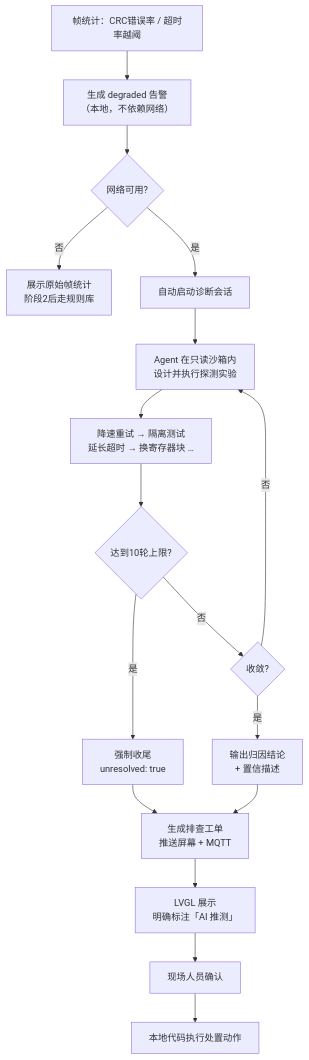
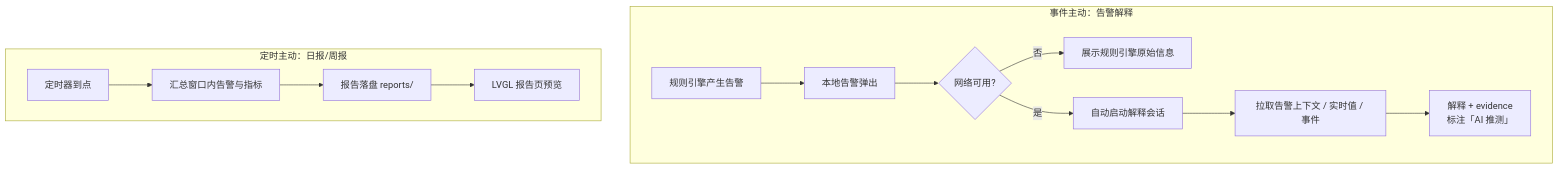
One commit to FoLeaf/contest2026_004_TeamFalcons changed the sixth of 11 diagrams in README.md. Above: the diagram before and after it, drawn with Mermaid. The commit also changed other lines of this file and 337 other files, not shown here.

````diff
--- a/README.md
+++ b/README.md
@@ -186,19 +186,17 @@
 ```mermaid
 flowchart TD
-    A["帧统计：CRC错误率 / 超时率越阈"] --> B["生成 degraded 告警\n（本地，不依赖网络）"]
-    B --> C{网络可用?}
-    C -->|"否"| Z["展示原始帧统计\n阶段2后走规则库"]
-    C -->|"是"| D["自动启动诊断会话"]
-    D --> E["Agent 在只读沙箱内\n设计并执行探测实验"]
-    E --> F["降速重试 → 隔离测试\n延长超时 → 换寄存器块 …"]
-    F --> G{达到10轮上限?}
-    G -->|"是"| H["强制收尾\nunresolved: true"]
-    G -->|"否"| I{收敛?}
-    I -->|"否"| E
-    I -->|"是"| J["输出归因结论\n+ 置信描述"]
-    J --> K["生成排查工单\n推送屏幕 + MQTT"]
-    K --> L["LVGL 展示\n明确标注「AI 推测」"]
-    L --> M["现场人员确认"]
-    M --> N["本地代码执行处置动作"]
-    H --> K
+    subgraph Event["事件主动：告警解释"]
+        A1["规则引擎产生告警"] --> A2["本地告警弹出"]
+        A2 --> A3{网络可用?}
+        A3 -->|"否"| A4["展示规则引擎原始信息"]
+        A3 -->|"是"| A5["自动启动解释会话"]
+        A5 --> A6["拉取告警上下文 / 实时值 / 事件"]
+        A6 --> A7["解释 + evidence<br/>标注「AI 推测」"]
+    end
+
+    subgraph Timer["定时主动：日报/周报"]
+        B1["定时器到点"] --> B2["汇总窗口内告警与指标"]
+        B2 --> B3["报告落盘 reports/"]
+        B3 --> B4["LVGL 报告页预览"]
+    end
 ```
````
